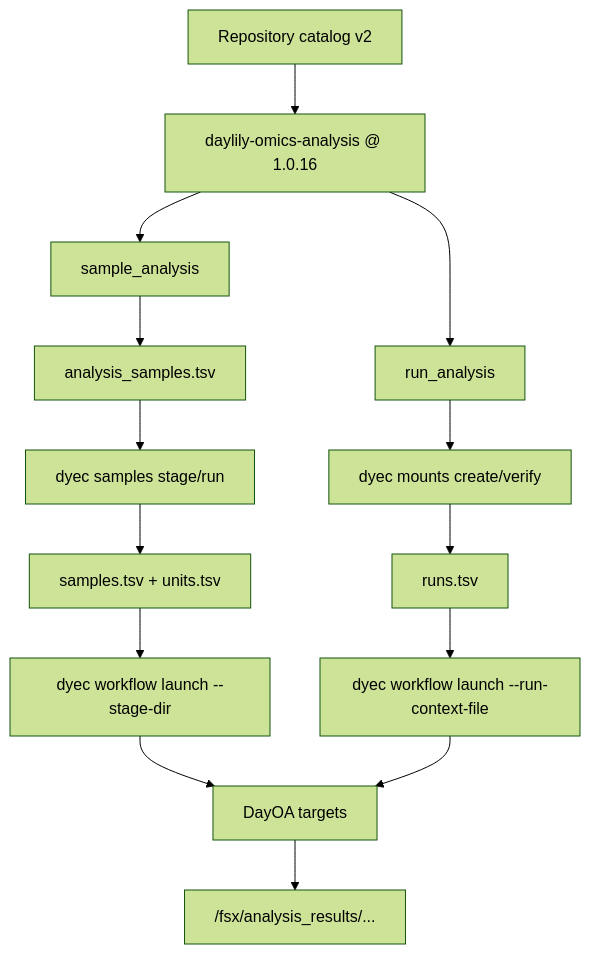
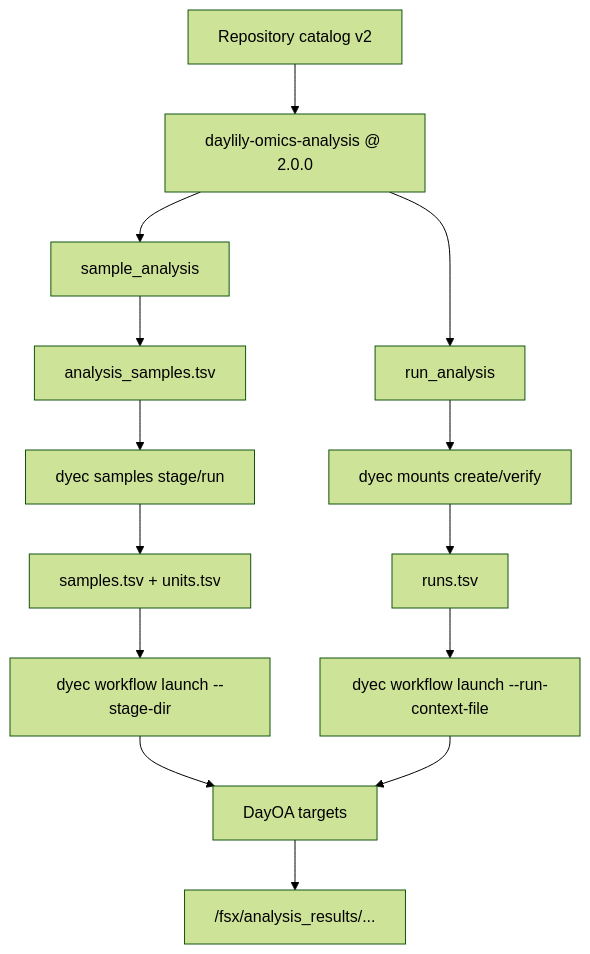
The third of 3 diagrams in docs/dra_fsx_strategy.md (Daylily-Informatics/daylily-ephemeral-cluster), drawn with Mermaid (forest theme) before and after one commit. The commit also changed other lines of this file and 557 other files, not shown here.

````diff
--- a/docs/dra_fsx_strategy.md
+++ b/docs/dra_fsx_strategy.md
@@ -79,19 +95,19 @@
 ```mermaid
 flowchart TB
-  Catalog["Repository catalog v2"] --> Repo["daylily-omics-analysis @ 1.0.16"]
+  Catalog["Repository catalog v2"] --> Repo["daylily-omics-analysis @ 2.0.0"]
   Repo --> Sample["sample_analysis"]
   Repo --> Run["run_analysis"]
 
   Sample --> Manifest["analysis_samples.tsv"]
   Manifest --> Stage["dyec samples stage/run"]
   Stage --> TSV["samples.tsv + units.tsv"]
   TSV --> LaunchA["dyec workflow launch --stage-dir"]
 
   Run --> Mount["dyec mounts create/verify"]
   Mount --> Runs["runs.tsv"]
   Runs --> LaunchB["dyec workflow launch --run-context-file"]
 
   LaunchA --> DayOA["DayOA targets"]
   LaunchB --> DayOA
   DayOA --> Results["/fsx/analysis_results/..."]
 ```
````
